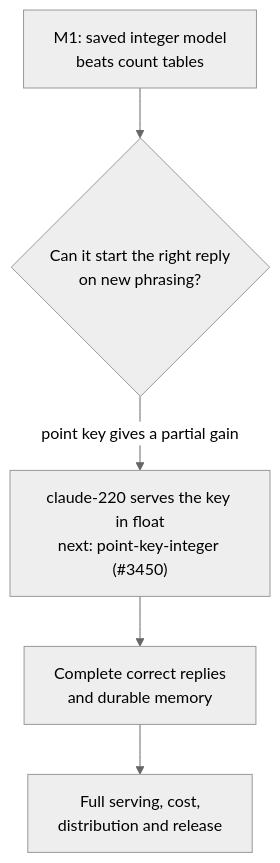
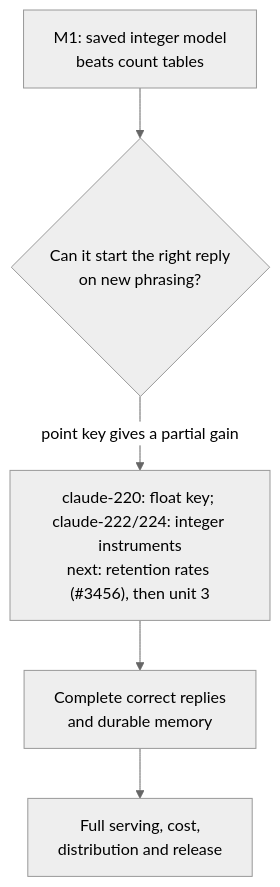
One commit to UOR-Foundation/uor-r4 changed the diagram in docs/research/open-questions.md. Above: the diagram before and after it, drawn with Mermaid (neutral theme). The commit also changed 5 other files, not shown here.

````diff
--- a/docs/research/open-questions.md
+++ b/docs/research/open-questions.md
@@ -8,7 +8,7 @@
 ```mermaid
 flowchart TD
   A["M1: saved integer model<br/>beats count tables"] --> B{"Can it start the right reply<br/>on new phrasing?"}
-  B -- "point key gives a partial gain" --> M["claude-220 serves the key in float<br/>next: point-key-integer (#3450)"]
+  B -- "point key gives a partial gain" --> M["claude-220: float key; claude-222/224: integer instruments<br/>next: retention rates (#3456), then unit 3"]
   M --> R["Complete correct replies<br/>and durable memory"]
   R --> S["Full serving, cost,<br/>distribution and release"]
 ```
````
